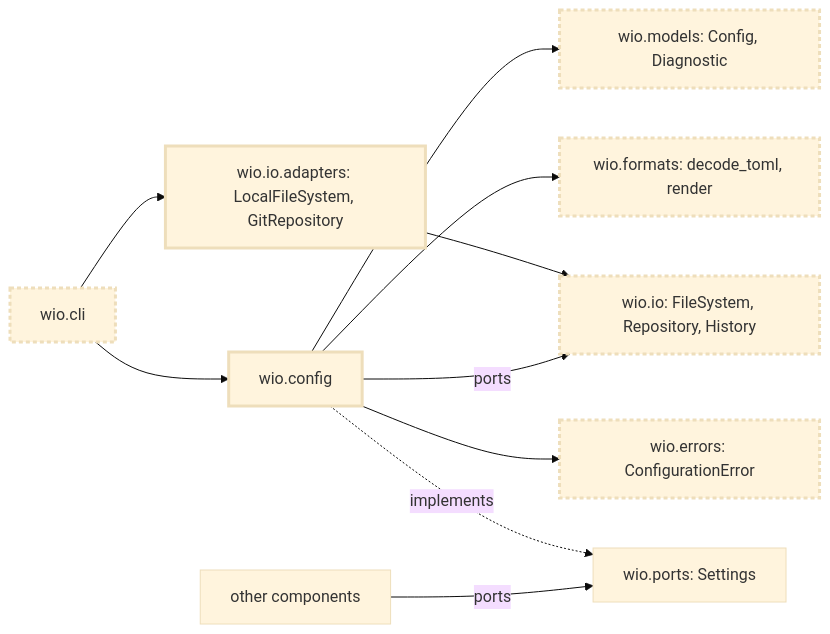
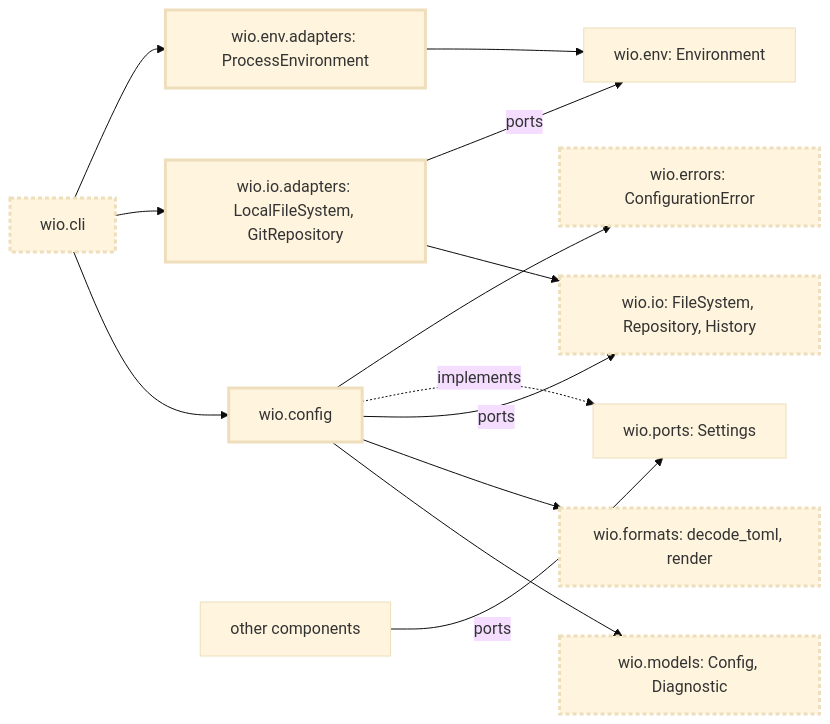
One commit to msitarz/wio changed the diagram in .agents/wio/works/config/README.md. Above: the diagram before and after it, drawn with Mermaid (base theme). The commit also changed other lines of this file and 28 other files, not shown here.

````diff
--- a/.agents/wio/works/config/README.md
+++ b/.agents/wio/works/config/README.md
@@ -101,23 +103,28 @@
 ```mermaid
 flowchart LR
     cli["wio.cli"]:::changed
     config["wio.config"]:::new
     models["wio.models: Config, Diagnostic"]:::changed
     formats["wio.formats: decode_toml, render"]:::changed
     io["wio.io: FileSystem, Repository, History"]:::changed
     adapters["wio.io.adapters: LocalFileSystem, GitRepository"]:::new
+    env["wio.env: Environment"]
+    envadapters["wio.env.adapters: ProcessEnvironment"]:::new
     settings["wio.ports: Settings"]
     other["other components"]
     cli --> config
     cli --> adapters
+    cli --> envadapters
     config --> models
     config --> formats
     config -- "ports" --> io
     adapters --> io
+    adapters -- "ports" --> env
+    envadapters --> env
     other -- "ports" --> settings
     config -. "implements" .-> settings
     errors["wio.errors: ConfigurationError"]:::changed
     config --> errors
     classDef new stroke-width: 3px
     classDef changed stroke-width: 3px,stroke-dasharray: 4 3
 ```
````
